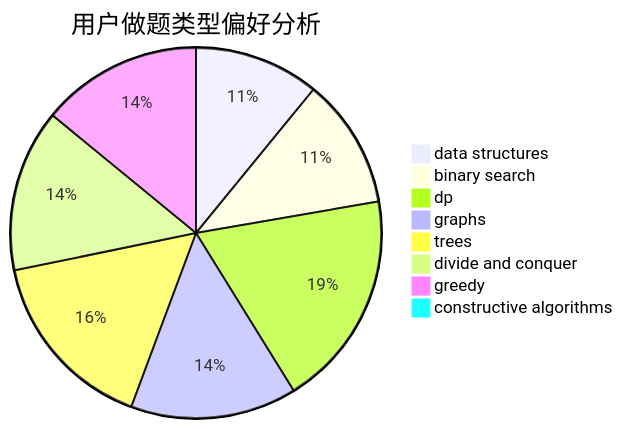
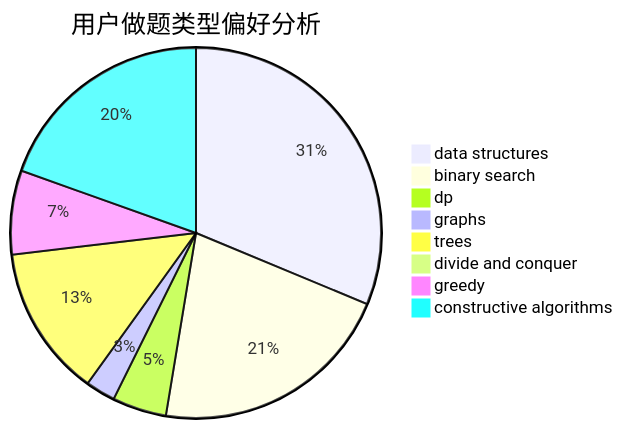
The second of 3 diagrams in docs/user/u564.md (sherpahu/cfrs.github.io), drawn with Mermaid before and after one commit. The commit also changed other lines of this file and 2770 other files, not shown here.

````diff
--- a/docs/user/u564.md
+++ b/docs/user/u564.md
@@ -23,11 +23,11 @@
 ```mermaid
 pie title 用户做题类型偏好分析
-    "data structures" :  97
-    "binary search" :  101
-    "dp" :  168
-    "graphs" :  129
-    "trees" :  143
-    "divide and conquer" :  126
-    "greedy" :  125
-    "constructive algorithms" :  7
+    "data structures" :  192
+    "binary search" :  131
+    "dp" :  29
+    "graphs" :  16
+    "trees" :  81
+    "divide and conquer" :  0
+    "greedy" :  45
+    "constructive algorithms" :  120
 ```
````
